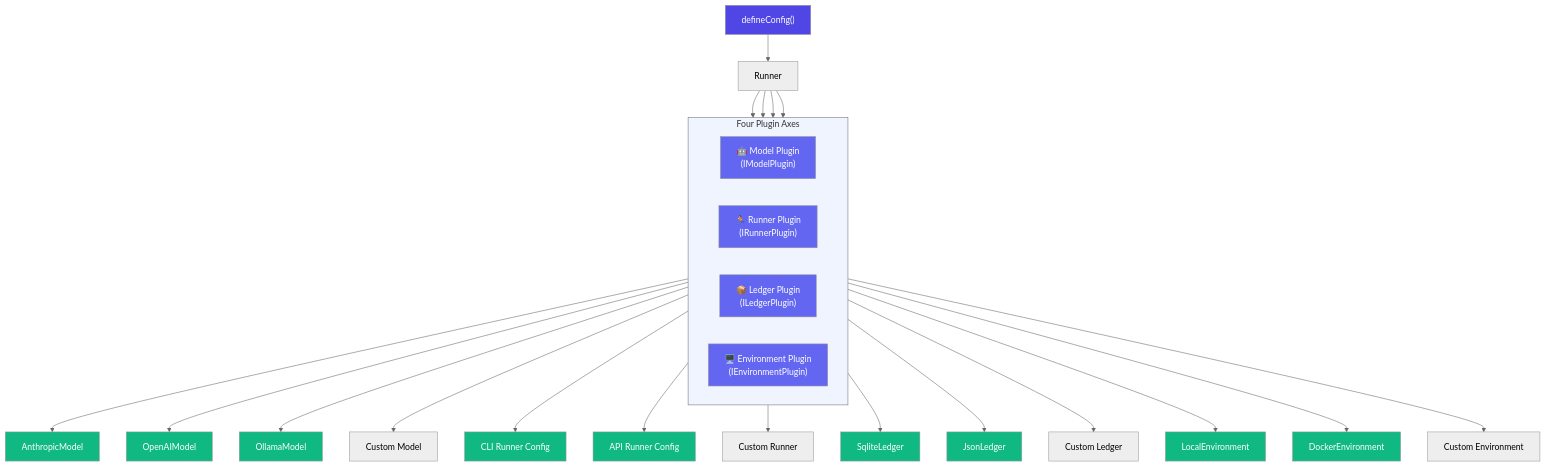
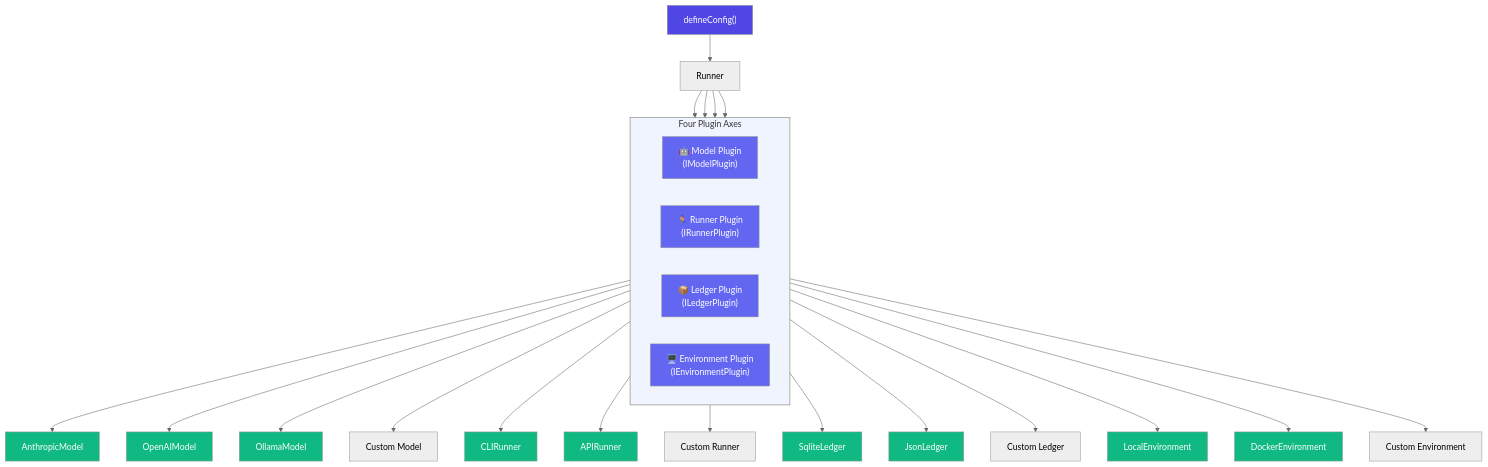
One commit to Tlahey/agent-eval changed the first of 2 diagrams in apps/docs/guide/plugins.md. Above: the diagram before and after it, drawn with Mermaid (neutral theme). The commit also changed other lines of this file and 28 other files, not shown here.

````diff
--- a/apps/docs/guide/plugins.md
+++ b/apps/docs/guide/plugins.md
@@ -7,50 +7,50 @@
 ```mermaid
 flowchart TB
     CONFIG["defineConfig()"] --> RUNNER["Runner"]
 
     subgraph Plugins["Four Plugin Axes"]
         direction LR
         MODEL["🤖 Model Plugin<br/>(IModelPlugin)"]
         RUN["🏃 Runner Plugin<br/>(IRunnerPlugin)"]
         LEDGER["📦 Ledger Plugin<br/>(ILedgerPlugin)"]
         ENV["🖥️ Environment Plugin<br/>(IEnvironmentPlugin)"]
     end
 
     RUNNER --> MODEL
     RUNNER --> RUN
     RUNNER --> LEDGER
     RUNNER --> ENV
 
     MODEL --> AN["AnthropicModel"]
     MODEL --> OA["OpenAIModel"]
     MODEL --> OL["OllamaModel"]
     MODEL --> CM["Custom Model"]
 
-    RUN --> CR["CLI Runner Config"]
-    RUN --> AR["API Runner Config"]
+    RUN --> CR["CLIRunner"]
+    RUN --> AR["APIRunner"]
     RUN --> CRU["Custom Runner"]
 
     LEDGER --> SQ["SqliteLedger"]
     LEDGER --> JS["JsonLedger"]
     LEDGER --> CU["Custom Ledger"]
 
     ENV --> LE["LocalEnvironment"]
     ENV --> DE["DockerEnvironment"]
     ENV --> CE["Custom Environment"]
 
     style CONFIG fill:#4f46e5,color:#fff
     style Plugins fill:#f0f4ff
     style MODEL fill:#6366f1,color:#fff
     style RUN fill:#6366f1,color:#fff
     style LEDGER fill:#6366f1,color:#fff
     style ENV fill:#6366f1,color:#fff
     style AN fill:#10b981,color:#fff
     style OA fill:#10b981,color:#fff
     style OL fill:#10b981,color:#fff
     style CR fill:#10b981,color:#fff
     style AR fill:#10b981,color:#fff
     style SQ fill:#10b981,color:#fff
     style JS fill:#10b981,color:#fff
     style LE fill:#10b981,color:#fff
     style DE fill:#10b981,color:#fff
 ```
````
